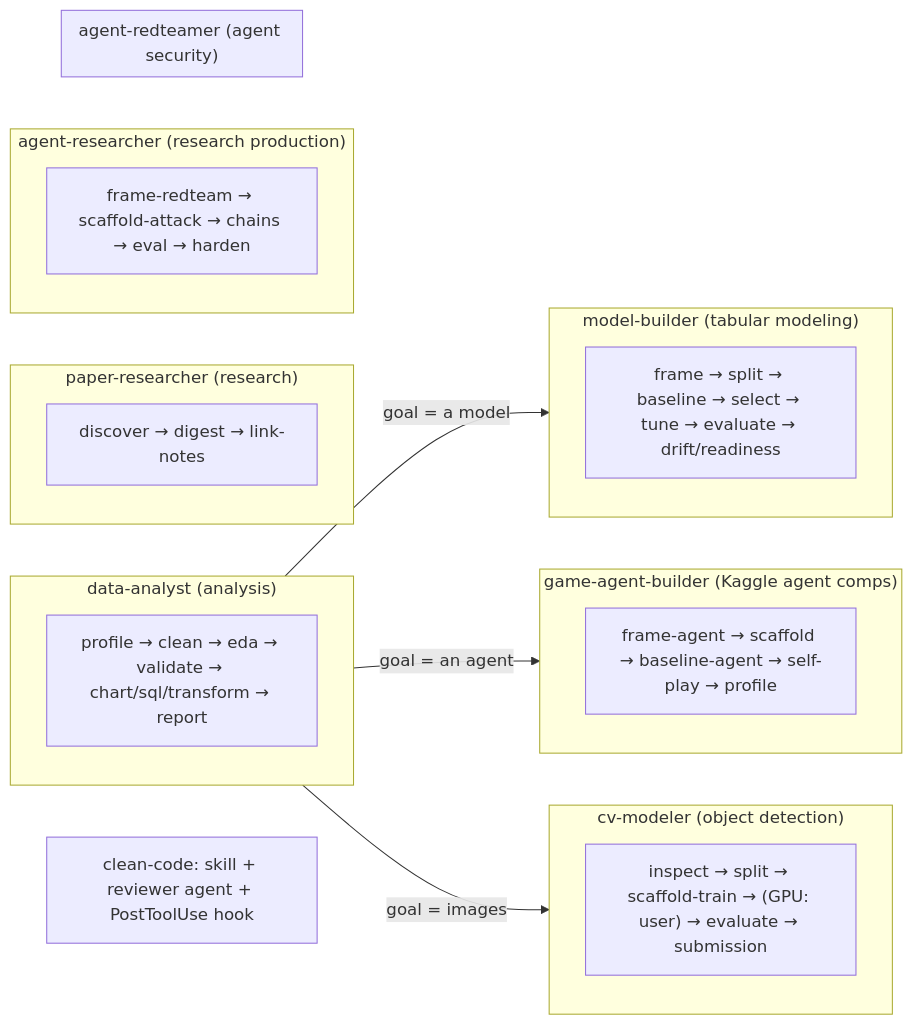
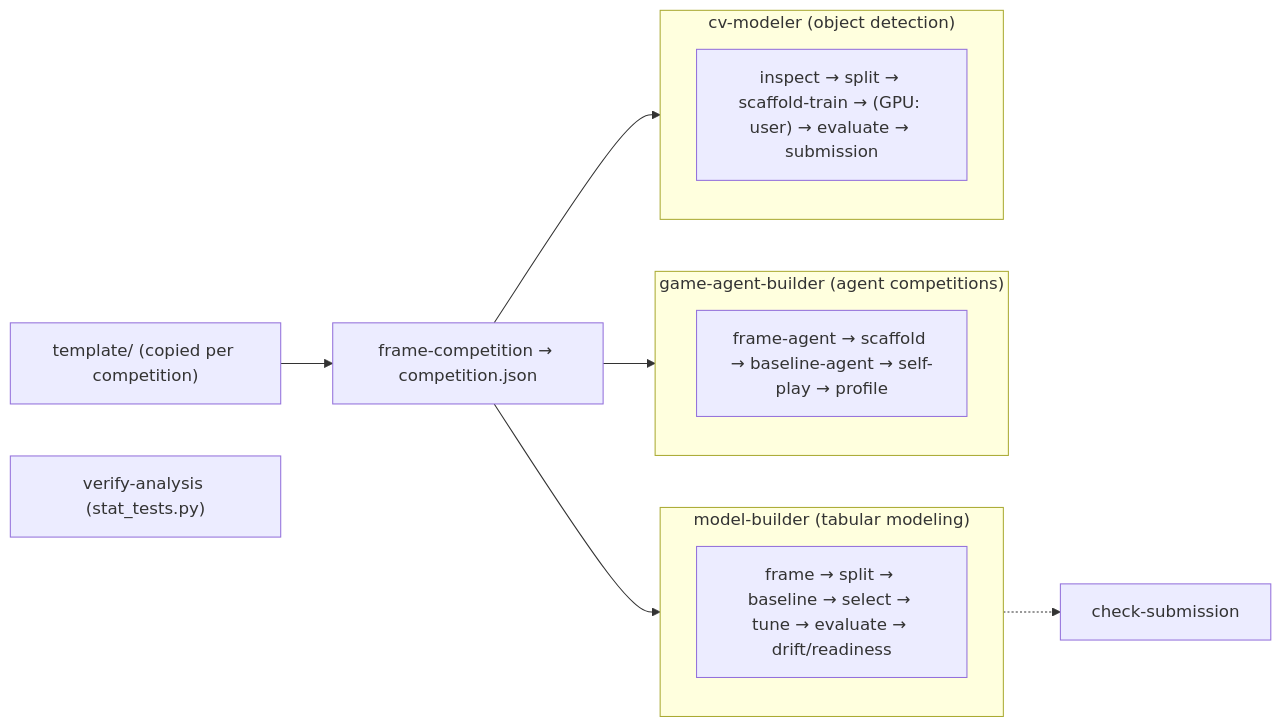
The diagram in CLAUDE.md (Alice-creator/claude-all-in-one-plugin), drawn with Mermaid before and after one commit. The commit also changed other lines of this file and 120 other files, not shown here.

First line of the commit message:
refactor: turn the plugin into an AI-competition template

````diff
--- a/CLAUDE.md
+++ b/CLAUDE.md
@@ -5,28 +5,18 @@
 ```mermaid
 flowchart LR
-    subgraph AN["data-analyst (analysis)"]
-        A1["profile → clean → eda → validate → chart/sql/transform → report"]
-    end
+    T["template/ (copied per competition)"] --> FC["frame-competition → competition.json"]
+    FC --> ML
+    FC --> GA
+    FC --> CV
+    ML -.-> CS["check-submission"]
     subgraph ML["model-builder (tabular modeling)"]
         M1["frame → split → baseline → select → tune → evaluate → drift/readiness"]
     end
-    subgraph RP["paper-researcher (research)"]
-        R1["discover → digest → link-notes"]
-    end
-    subgraph RS["agent-researcher (research production)"]
-        S1["frame-question → design → validate-task 🚦 → scaffold-trials → (user runs) → analyze → diagnose → findings"]
-    end
-    subgraph GA["game-agent-builder (Kaggle agent comps)"]
+    subgraph GA["game-agent-builder (agent competitions)"]
         G1["frame-agent → scaffold → baseline-agent → self-play → profile"]
-    end
-    subgraph SEC["agent-redteamer (agent security)"]
-        S1["frame-redteam → scaffold-attack → chains → eval → harden"]
     end
     subgraph CV["cv-modeler (object detection)"]
         V1["inspect → split → scaffold-train → (GPU: user) → evaluate → submission"]
     end
-    AN -->|"goal = a model"| ML
-    AN -->|"goal = an agent"| GA
-    AN -->|"goal = images"| CV
-    CQ["clean-code: skill + reviewer agent + PostToolUse hook"]
+    VA["verify-analysis (stat_tests.py)"]
 ```
````
